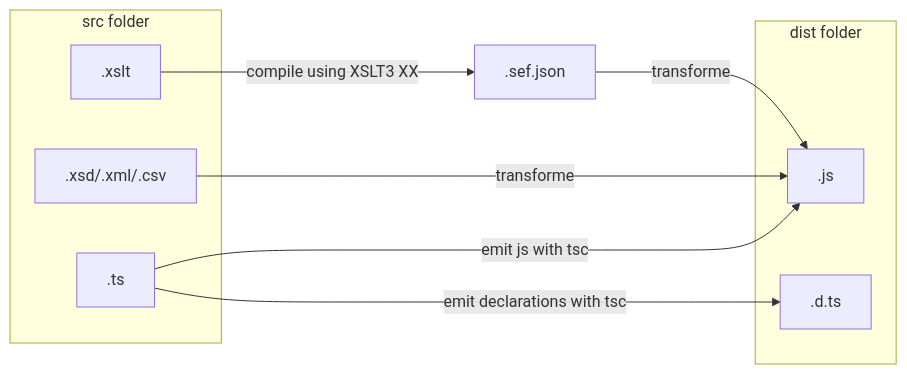
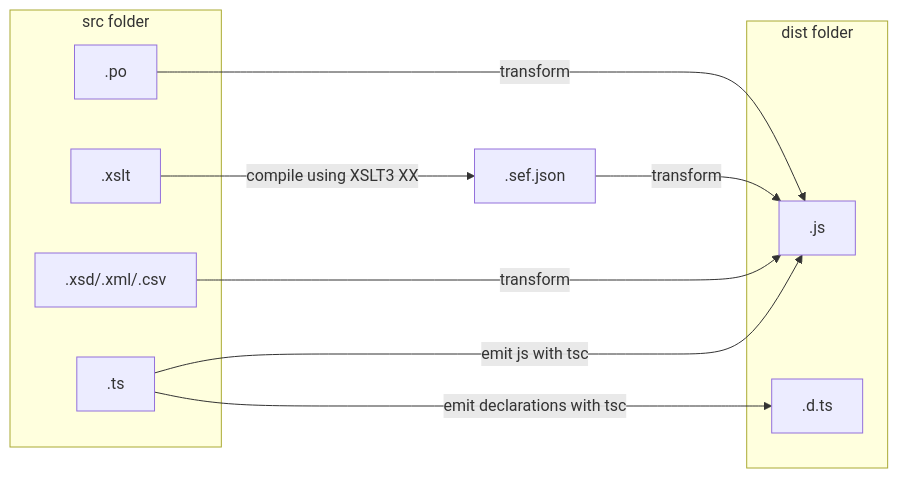
Before and after one commit to adclz/refactored-pancake: the second of 2 diagrams in README.md, drawn with Mermaid. The commit also changed other lines of this file and 12 other files, not shown here.

````diff
--- a/README.md
+++ b/README.md
@@ -156,26 +157,29 @@
 ```mermaid
 graph LR
     A[.ts]
     B[.xslt]
     C[.xsd/.xml/.csv]
     D[.sef.json]
     E[.js]
     F[.d.ts]
+    G[.po]
 
     subgraph "src folder"
         A
         B
         C
+        G
     end
 
     subgraph "dist folder"
         E
         F
     end
 
     A -- emit js with tsc --> E
     A -- emit declarations with tsc --> F
     B -- compile using XSLT3 XX --> D
-    C -- transforme --> E
-    D -- transforme --> E
+    C -- transform --> E
+    D -- transform --> E
+    G -- transform --> E
 ```
````
